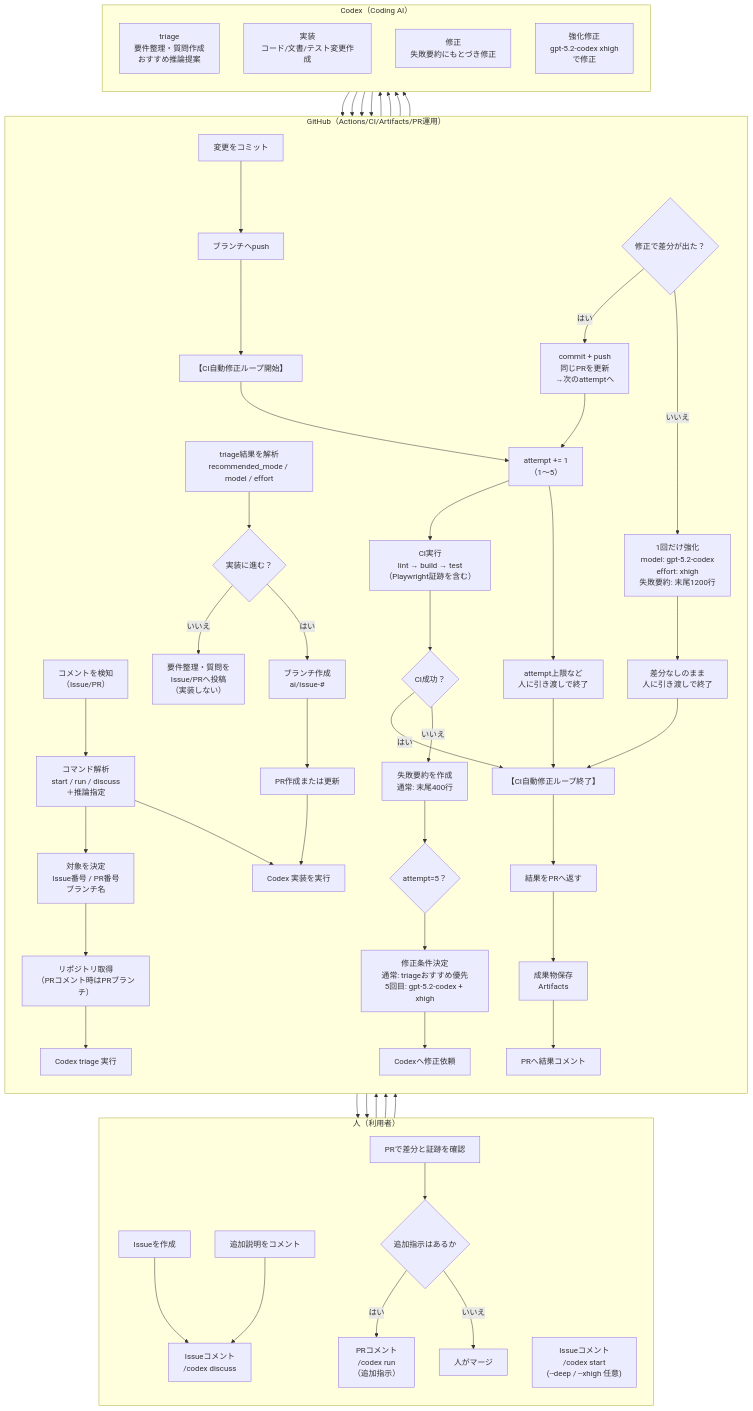
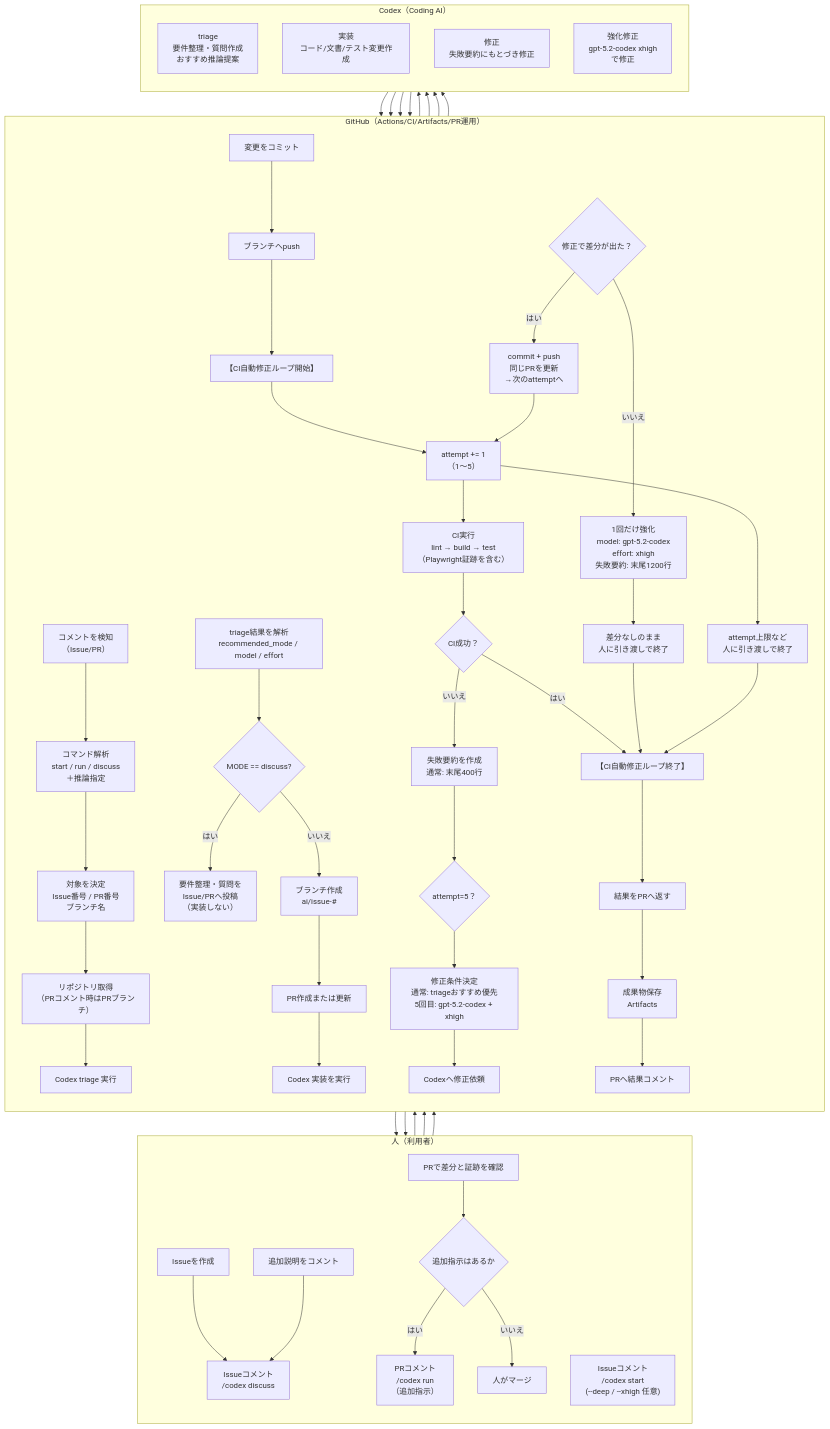
Before and after one commit to ist-h-i/SaihAI: the diagram in docs/WORKFLOW.md, drawn with Mermaid. The commit also changed other lines of this file and 2 other files, not shown here.

```diff
--- a/docs/WORKFLOW.md
+++ b/docs/WORKFLOW.md
@@ -52,7 +62,7 @@
 GH4[Codex triage 実行]
 GH5[triage結果を解析
 recommended_mode / model / effort]
-GH6{実装に進む？}
+GH6{MODE == discuss?}
 
 GH7[要件整理・質問を
 Issue/PRへ投稿
@@ -121,13 +131,12 @@
 
 U1 --> U2 --> GH0
 
-GH6 -- いいえ --> GH7 --> U3 --> U2
+GH6 -- はい --> GH7 --> U3 --> U2
 
 U4 --> GH0
-GH6 -- はい --> GH8 --> GH9 --> GH10 --> CX2 --> GH11 --> GH12 --> GH13
+GH6 -- いいえ --> GH8 --> GH9 --> GH10 --> CX2 --> GH11 --> GH12 --> GH13
 
 U5 --> GH0
-GH1 --> GH10
 
 GH13 --> GH14 --> GH15 --> GH16
 
```
